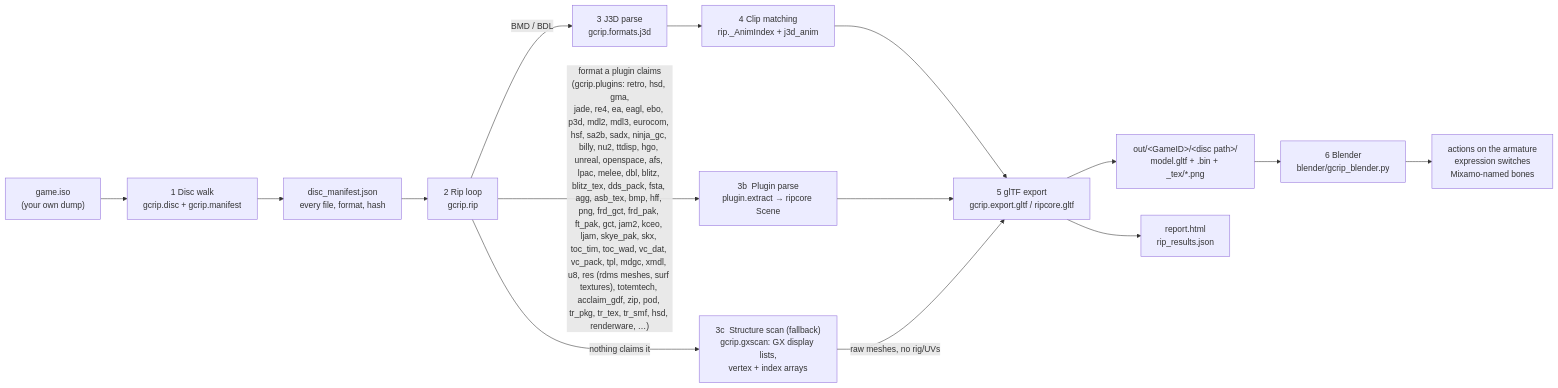
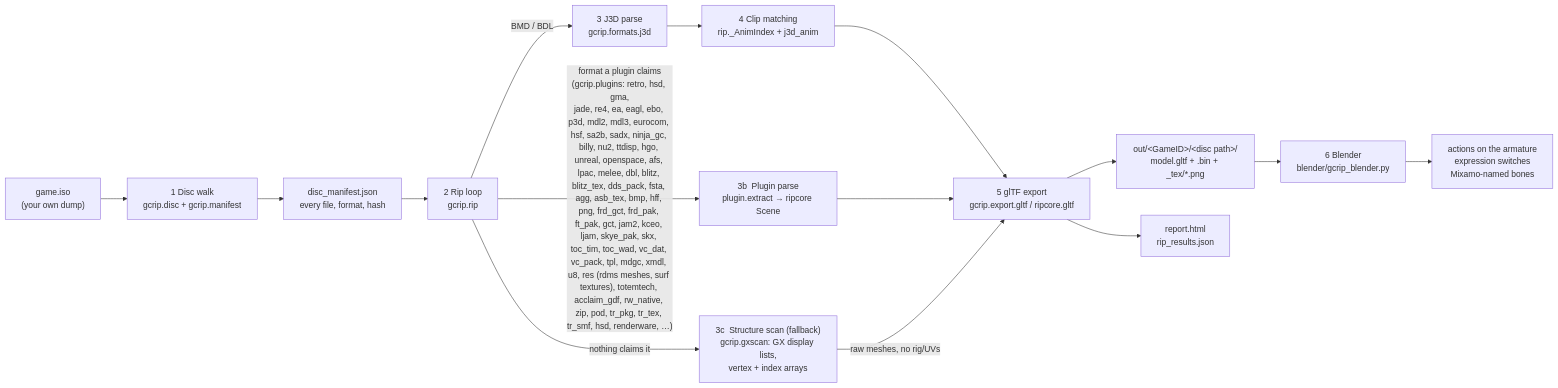
Before and after one commit to Felbs/3d-ripper-9000: the first of 10 diagrams in docs/PIPELINE.md, drawn with Mermaid. The commit also changed other lines of this file and 5 other files, not shown here.

````diff
--- a/docs/PIPELINE.md
+++ b/docs/PIPELINE.md
@@ -11,17 +11,17 @@
 ```mermaid
 flowchart LR
     ISO["game.iso<br/>(your own dump)"] --> WALK["1  Disc walk<br/>gcrip.disc + gcrip.manifest"]
     WALK --> MAN["disc_manifest.json<br/>every file, format, hash"]
     MAN --> RIP["2  Rip loop<br/>gcrip.rip"]
     RIP -->|"BMD / BDL"| J3D["3  J3D parse<br/>gcrip.formats.j3d"]
-    RIP -->|"format a plugin claims<br/>(gcrip.plugins: retro, hsd, gma,<br/>jade, re4, ea, eagl, ebo, p3d, mdl2, mdl3, eurocom, hsf, sa2b, sadx, ninja_gc, billy, nu2, ttdisp, hgo, unreal, openspace, afs, lpac, melee, dbl, blitz, blitz_tex, dds_pack, fsta, agg, asb_tex, bmp, hff, png, frd_gct, frd_pak, ft_pak, gct, jam2, kceo, ljam, skye_pak, skx, toc_tim, toc_wad, vc_dat, vc_pack, tpl, mdgc, xmdl, u8, res (rdms meshes, surf textures), totemtech, acclaim_gdf, zip, pod, tr_pkg, tr_tex, tr_smf, hsd, renderware, …)"| PLUG["3b  Plugin parse<br/>plugin.extract → ripcore Scene"]
+    RIP -->|"format a plugin claims<br/>(gcrip.plugins: retro, hsd, gma,<br/>jade, re4, ea, eagl, ebo, p3d, mdl2, mdl3, eurocom, hsf, sa2b, sadx, ninja_gc, billy, nu2, ttdisp, hgo, unreal, openspace, afs, lpac, melee, dbl, blitz, blitz_tex, dds_pack, fsta, agg, asb_tex, bmp, hff, png, frd_gct, frd_pak, ft_pak, gct, jam2, kceo, ljam, skye_pak, skx, toc_tim, toc_wad, vc_dat, vc_pack, tpl, mdgc, xmdl, u8, res (rdms meshes, surf textures), totemtech, acclaim_gdf, rw_native, zip, pod, tr_pkg, tr_tex, tr_smf, hsd, renderware, …)"| PLUG["3b  Plugin parse<br/>plugin.extract → ripcore Scene"]
     RIP -->|"nothing claims it"| GX["3c  Structure scan (fallback)<br/>gcrip.gxscan: GX display lists,<br/>vertex + index arrays"]
     J3D --> ANIM["4  Clip matching<br/>rip._AnimIndex + j3d_anim"]
     ANIM --> GLTF["5  glTF export<br/>gcrip.export.gltf / ripcore.gltf"]
     PLUG --> GLTF
     GX -->|"raw meshes, no rig/UVs"| GLTF
     GLTF --> OUT["out/&lt;GameID&gt;/&lt;disc path&gt;/<br/>model.gltf + .bin + _tex/*.png"]
     GLTF --> REP["report.html<br/>rip_results.json"]
     OUT --> BL["6  Blender<br/>blender/gcrip_blender.py"]
     BL --> PLAY["actions on the armature<br/>expression switches<br/>Mixamo-named bones"]
 ```
````
